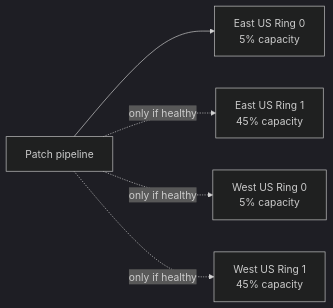
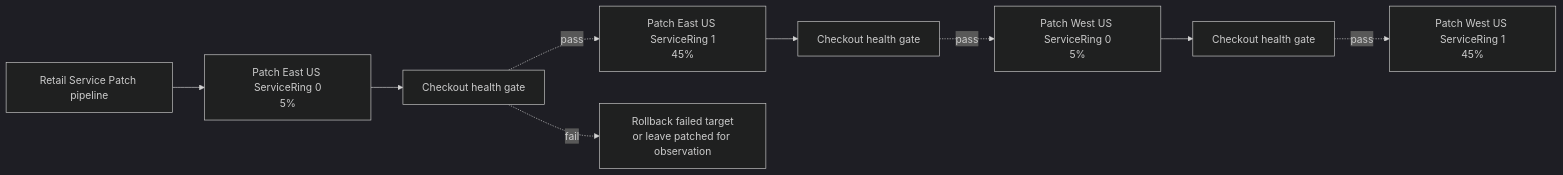
The fourth of 6 diagrams in demo-dotnet/docs/investor-demo-one-pager.md (nimeshddesai/cloudmain), drawn with Mermaid (dark theme) before and after one commit. The commit also changed other lines of this file and 15 other files, not shown here.

Commit message:
Add ServiceRings patch workflow and status view

````diff
--- a/demo-dotnet/docs/investor-demo-one-pager.md
+++ b/demo-dotnet/docs/investor-demo-one-pager.md
@@ -88,11 +118,11 @@
 ```mermaid
 flowchart LR
-    P["Patch pipeline"] --> E0
-    P -. "only if healthy" .-> E1
-    P -. "only if healthy" .-> W0
-    P -. "only if healthy" .-> W1
-    E0["East US Ring 0\n5% capacity"]
-    E1["East US Ring 1\n45% capacity"]
-    W0["West US Ring 0\n5% capacity"]
-    W1["West US Ring 1\n45% capacity"]
+    Pipeline["Retail Service Patch pipeline"] --> E0["Patch East US ServiceRing 0\n5%"]
+    E0 --> Gate0["Checkout health gate"]
+    Gate0 -. "pass" .-> E1["Patch East US ServiceRing 1\n45%"]
+    E1 --> Gate1["Checkout health gate"]
+    Gate1 -. "pass" .-> W0["Patch West US ServiceRing 0\n5%"]
+    W0 --> Gate2["Checkout health gate"]
+    Gate2 -. "pass" .-> W1["Patch West US ServiceRing 1\n45%"]
+    Gate0 -. "fail" .-> Rollback["Rollback failed target\nor leave patched for observation"]
 ```
````
